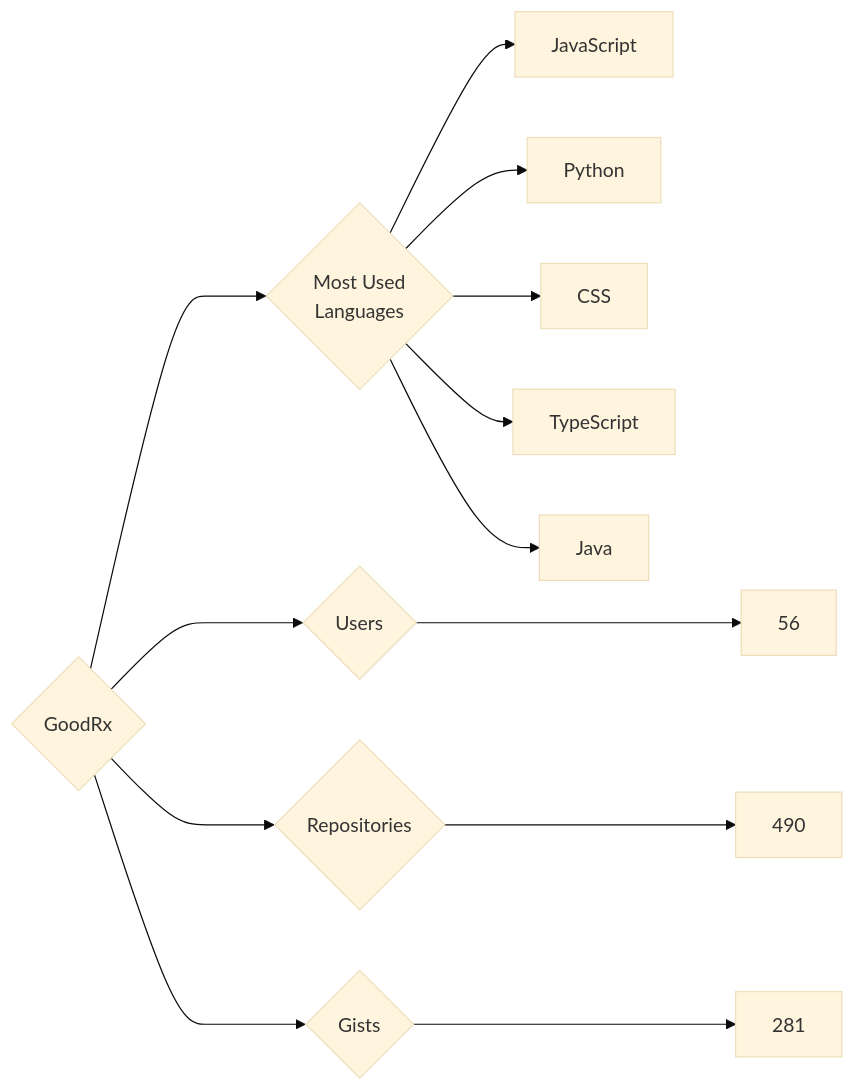
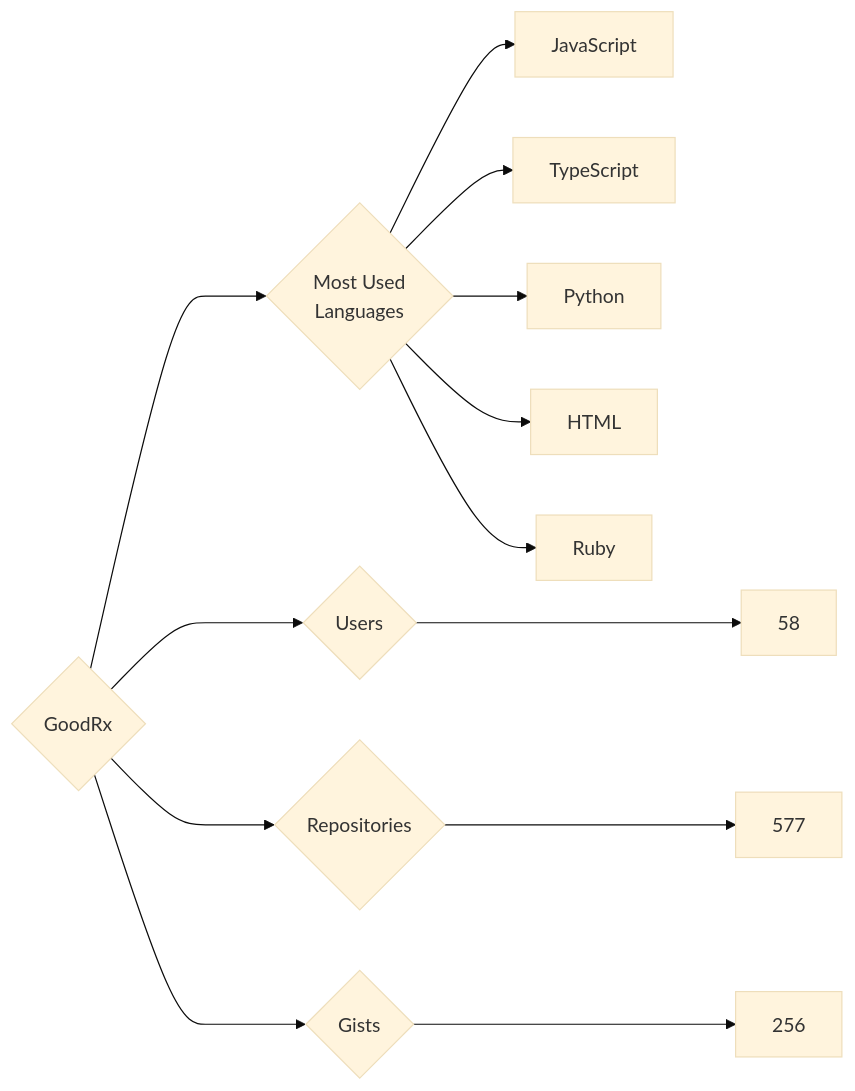
The diagram in targets/GoodRx/README.md (trickest/insiders), drawn with Mermaid (base theme) before and after one commit. The commit also changed 1084 other files, not shown here.

````diff
--- a/targets/GoodRx/README.md
+++ b/targets/GoodRx/README.md
@@ -3,13 +3,13 @@
 ```mermaid
 graph LR
 COMPANY_NAME{GoodRx}
-COMPANY_NAME ---> U{Users} ---> UN[56]
-COMPANY_NAME ---> R{Repositories} ---> RN[490]
-COMPANY_NAME ---> G{Gists} ---> GN[281]
+COMPANY_NAME ---> U{Users} ---> UN[58]
+COMPANY_NAME ---> R{Repositories} ---> RN[577]
+COMPANY_NAME ---> G{Gists} ---> GN[256]
 COMPANY_NAME ---> ML{Most Used<br>Languages}
 ML --> JavaScript[JavaScript]
+ML --> TypeScript[TypeScript]
 ML --> Python[Python]
-ML --> CSS[CSS]
-ML --> TypeScript[TypeScript]
-ML --> Java[Java]
+ML --> HTML[HTML]
+ML --> Ruby[Ruby]
 ```
````
